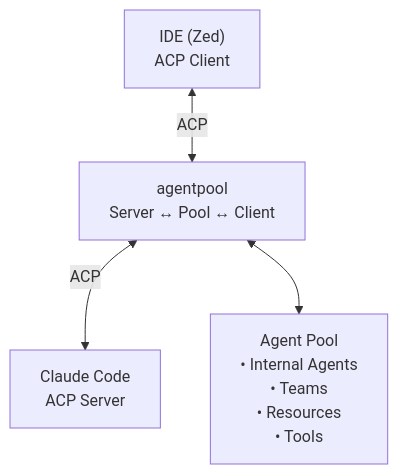
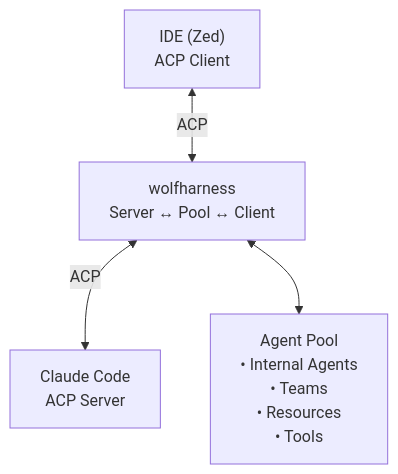
Before and after one commit to Leoyzen/agentpool: the third of 5 diagrams in docs/how-to/advanced/acp-integration.md, drawn with Mermaid. The commit also changed other lines of this file and 2168 other files, not shown here.

First line of the commit message:
refactor: rename agentpool to wolfharness (#358)

````diff
--- a/docs/how-to/advanced/acp-integration.md
+++ b/docs/how-to/advanced/acp-integration.md
@@ -141,11 +141,11 @@
 ```mermaid
 graph TB
     IDE["IDE (Zed)<br/>ACP Client"]
-    LLM["agentpool<br/>Server ↔ Pool ↔ Client"]
+    LLM["wolfharness<br/>Server ↔ Pool ↔ Client"]
     Claude["Claude Code<br/>ACP Server"]
     Pool["Agent Pool<br/>• Internal Agents<br/>• Teams<br/>• Resources<br/>• Tools"]
     
     IDE <-->|ACP| LLM
     LLM <-->|ACP| Claude
     LLM <--> Pool
 ```
````
